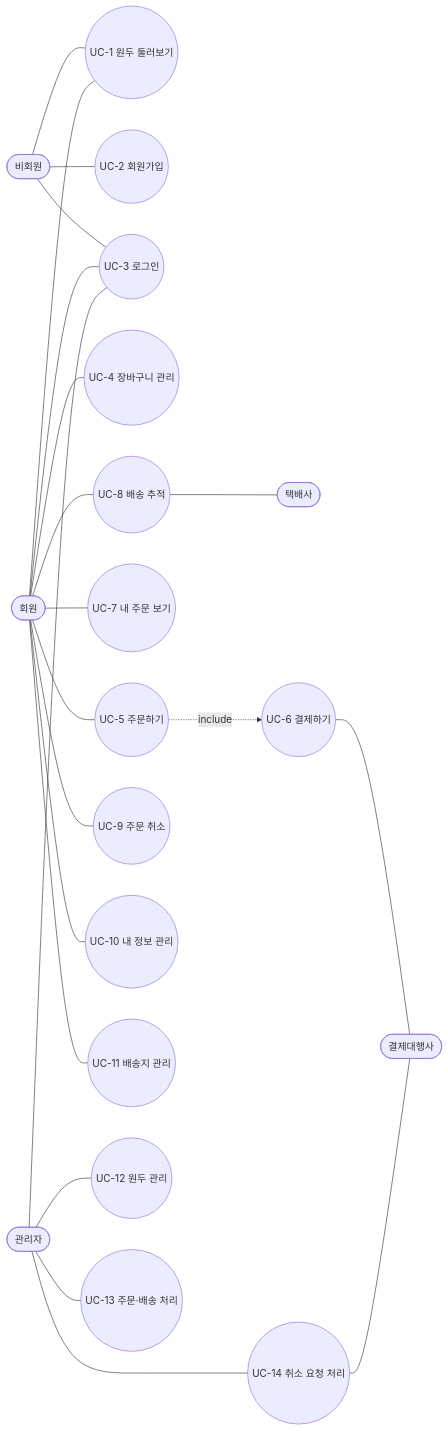
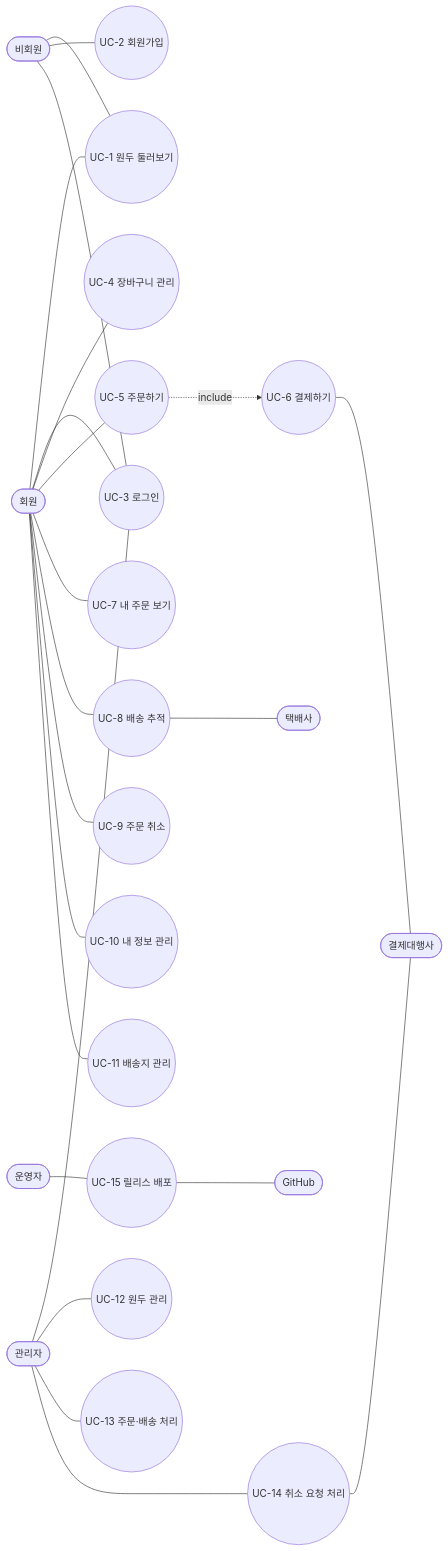
Before and after one commit to seren-wib/coffee-shop: the diagram in docs/specs/srs/5-use-cases.md, drawn with Mermaid. The commit also changed other lines of this file and 9 other files, not shown here.

````diff
--- a/docs/specs/srs/5-use-cases.md
+++ b/docs/specs/srs/5-use-cases.md
@@ -130,44 +143,49 @@
 ```mermaid
 flowchart LR
   guest([비회원])
   member([회원])
   admin([관리자])
   pg([결제대행사])
   carrier([택배사])
+  operator([운영자])
+  github([GitHub])
 
   uc1((UC-1 원두 둘러보기))
   uc2((UC-2 회원가입))
   uc3((UC-3 로그인))
   uc4((UC-4 장바구니 관리))
   uc5((UC-5 주문하기))
   uc6((UC-6 결제하기))
   uc7((UC-7 내 주문 보기))
   uc8((UC-8 배송 추적))
   uc9((UC-9 주문 취소))
   uc10((UC-10 내 정보 관리))
   uc11((UC-11 배송지 관리))
   uc12((UC-12 원두 관리))
   uc13((UC-13 주문·배송 처리))
   uc14((UC-14 취소 요청 처리))
+  uc15((UC-15 릴리스 배포))
 
   guest --- uc1
   guest --- uc2
   guest --- uc3
   member --- uc1
   member --- uc3
   member --- uc4
   member --- uc5
   member --- uc7
   member --- uc8
   member --- uc9
   member --- uc10
   member --- uc11
   uc5 -.->|include| uc6
   uc6 --- pg
   uc8 --- carrier
   admin --- uc3
   admin --- uc12
   admin --- uc13
   admin --- uc14
   uc14 --- pg
+  operator --- uc15
+  uc15 --- github
 ```
````
